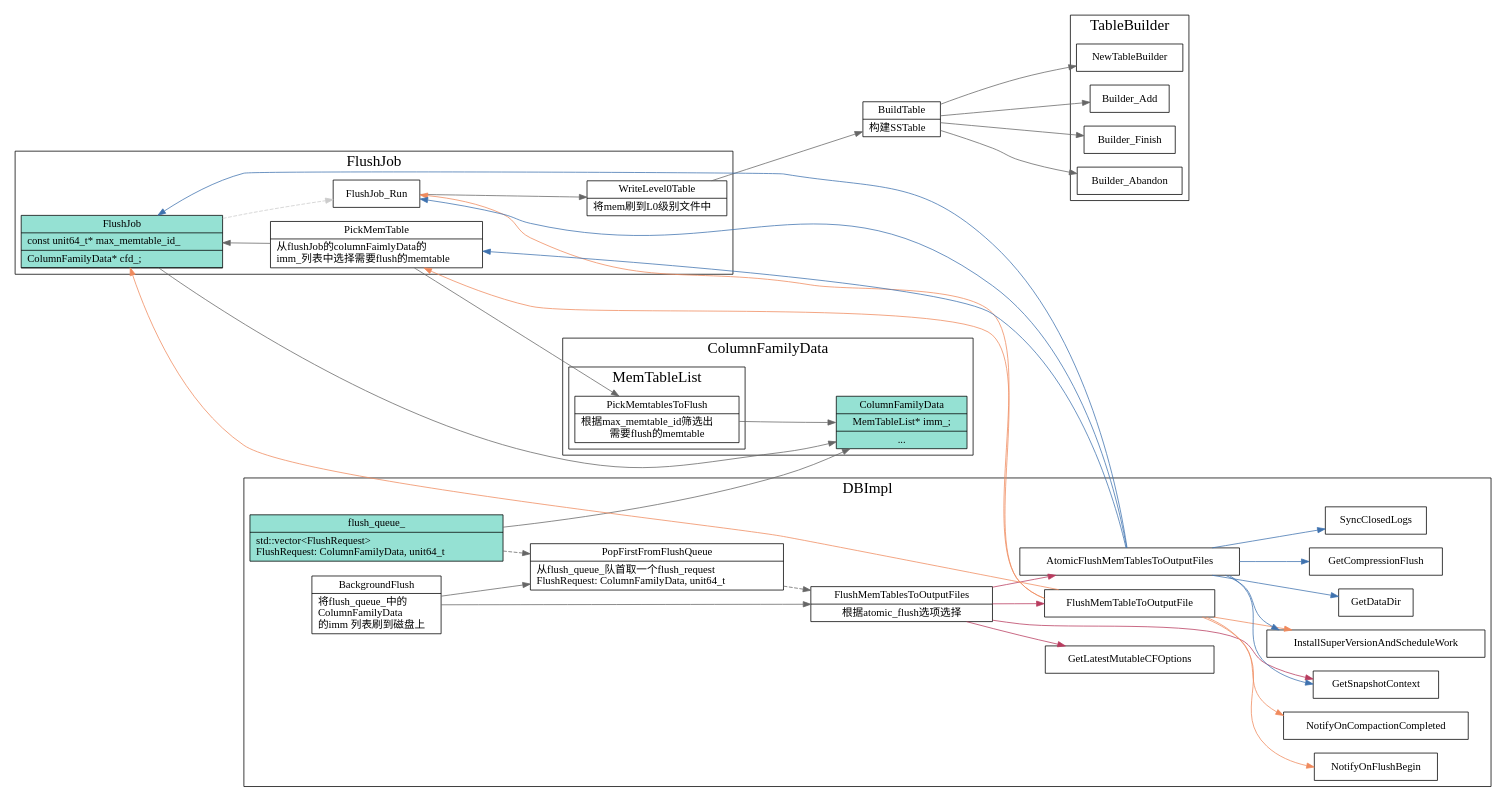
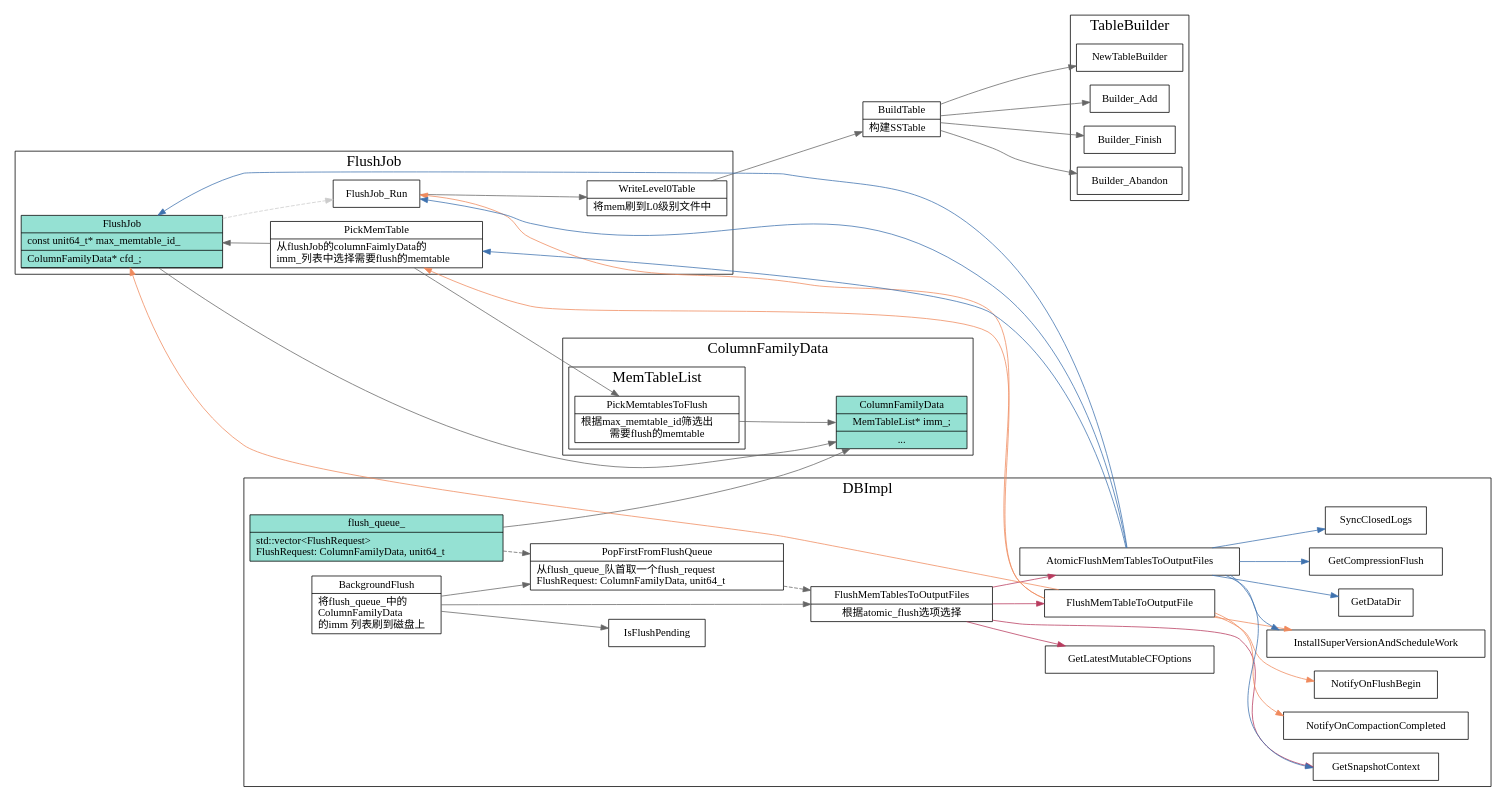
Before and after one commit to xieyu/blog: the diagram in src/rocksdb/background-flush.dot, drawn with Graphviz. The commit also changed 24 other files, not shown here.

```diff
--- a/src/rocksdb/background-flush.dot
+++ b/src/rocksdb/background-flush.dot
@@ -1,172 +1,173 @@
 digraph background_flushtitl {
   node[shape=box];
   edge[color=gray40];
   newrank=true;
   rankdir=LR;
 
   subgraph cluster_ColumnFamilyData {
     graph[label="ColumnFamilyData";fontsize=20;];
 
     subgraph cluster_MemTableList {
       graph[label="MemTableList";fontsize=20;];
       PickMemtablesToFlush[
         shape="record"
         label="{{
           PickMemtablesToFlush|
           根据max_memtable_id筛选出\l
           需要flush的memtable
         }}"
       ];
     }
     ColumnFamilyData[shape="record";
       fillcolor="#95e1d3"
       style=filled;
       label="{{
         ColumnFamilyData|
           <MemTableList> MemTableList* imm_;|
           ...
       }}";
     ];
     PickMemtablesToFlush -> ColumnFamilyData:MemTableList;
   }
 
   subgraph cluster_FlushJob {
     graph[label="FlushJob";fontsize=20;];
     FlushJob[
       shape="record";
       fillcolor="#95e1d3"
       style=filled;
       label="{{
         FlushJob|
         const unit64_t* max_memtable_id_\l|
         ColumnFamilyData* cfd_;\l|
         autovector<MemTable*> mems_;\l
       }}"
     ];
     PickMemTable[
       shape="record"
       label="{{
         PickMemTable|
         从flushJob的columnFaimlyData的\l
         imm_列表中选择需要flush的memtable\l
       }}"
     ];
     PickMemTable -> PickMemtablesToFlush;
     PickMemTable -> FlushJob;
     FlushJob -> ColumnFamilyData;
     FlushJob -> FlushJob_Run[style=dashed;color=gray80];
     FlushJob_Run -> {
       WriteLevel0Table;
     }
     WriteLevel0Table[shape="record";
       label="{{
         WriteLevel0Table|
         将mem刷到L0级别文件中\l
       }}";
     ];
   }
 
   subgraph cluster_DBImpl {
     graph[label="DBImpl";fontsize=20;];
     flush_queue_[
       shape="record";
       fillcolor="#95e1d3"
       style=filled;
       label="{{
         flush_queue_|
           std::vector\<FlushRequest\> \l
           FlushRequest: ColumnFamilyData, unit64_t\l
       }}";
     ];
     BackgroundFlush[shape="record";
       label="{{
         BackgroundFlush|
         将flush_queue_中的\l 
         ColumnFamilyData\l
         的imm 列表刷到磁盘上\l
       }}";
     ];
     flush_queue_ -> ColumnFamilyData;
     flush_queue_ -> PopFirstFromFlushQueue[style=dashed;color=gray40];
     FlushMemTablesToOutputFiles
     FlushMemTableToOutputFile;
     AtomicFlushMemTablesToOutputFiles;
     BackgroundFlush -> {
       PopFirstFromFlushQueue;
       FlushMemTablesToOutputFiles;
+      IsFlushPending;
     }
     PopFirstFromFlushQueue[shape="record";
       label="{{
         PopFirstFromFlushQueue|
         从flush_queue_队首取一个flush_request\l
         FlushRequest: ColumnFamilyData, unit64_t\l
       }}";
     ];
     FlushMemTablesToOutputFiles[shape="record";
       label="{{
         FlushMemTablesToOutputFiles|
         根据atomic_flush选项选择
       }}";
     ];
 
     FlushMemTablesToOutputFiles -> {
       AtomicFlushMemTablesToOutputFiles
       GetSnapshotContext;
       GetLatestMutableCFOptions;
       FlushMemTableToOutputFile;
     }[color="#b83b5e"]
 
     AtomicFlushMemTablesToOutputFiles -> {
       InstallSuperVersionAndScheduleWork;
       GetDataDir;
       GetSnapshotContext;
       FlushJob;
       PickMemTable;
       GetCompressionFlush;
       SyncClosedLogs;
       FlushJob_Run
     }[color="#3f72af"]
 
     FlushMemTableToOutputFile -> {
       FlushJob;
       NotifyOnFlushBegin;
       PickMemTable;
       FlushJob_Run;
       InstallSuperVersionAndScheduleWork;
       NotifyOnCompactionCompleted;
     }[color="#f08a5d"]
   }
 
   WriteLevel0Table -> {
     BuildTable;
   }
 
   BuildTable[shape="record";
     label="{{
       BuildTable|
       构建SSTable\l
     }}";
   ];
   BuildTable -> {
     NewTableBuilder;
     Builder_Add;
     Builder_Finish;
     Builder_Abandon;
   }
   subgraph cluster_TableBuilder {
     graph[label="TableBuilder";fontsize=20;];
     NewTableBuilder;
     Builder_Add;
     Builder_Finish;
     Builder_Abandon;
   }
 
   //rank
   {rank=same;flush_queue_;PickMemTable;FlushJob_Run}
 
   // dataflow depend
   {
     edge[style=dashed;color=gray40];
     PopFirstFromFlushQueue -> FlushMemTablesToOutputFiles;
   }
 }
```
